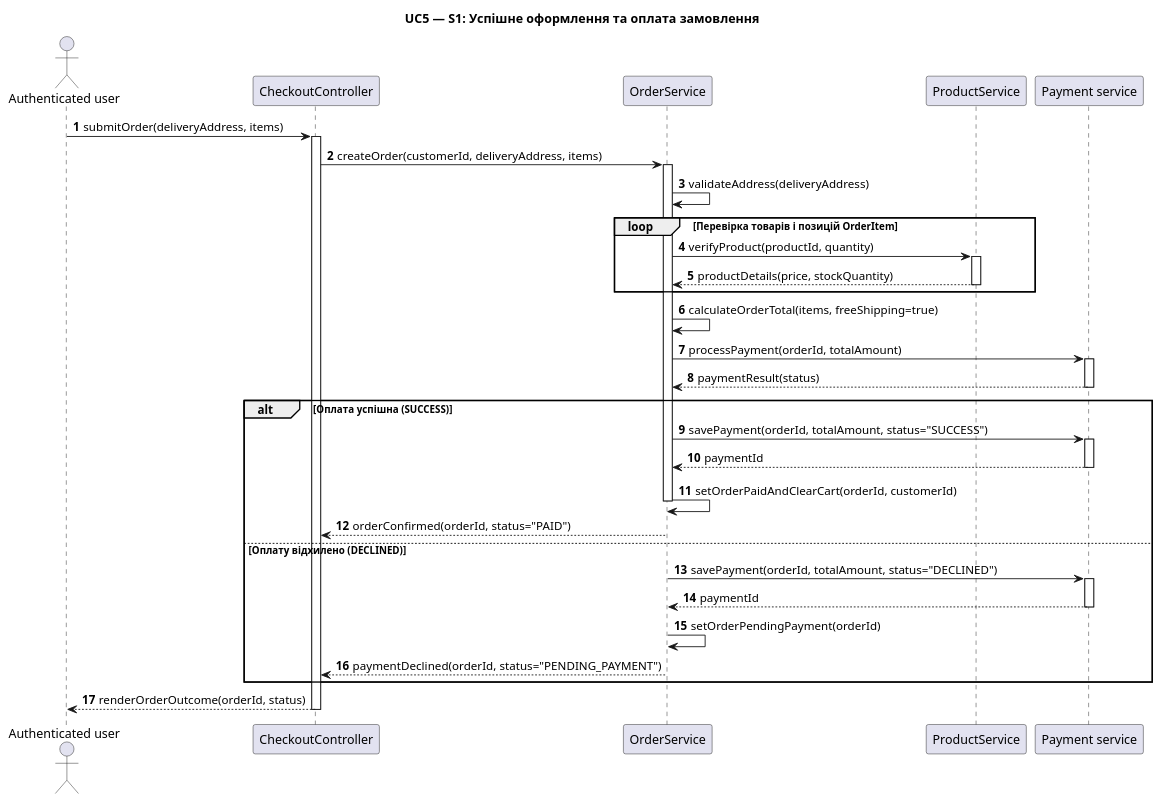
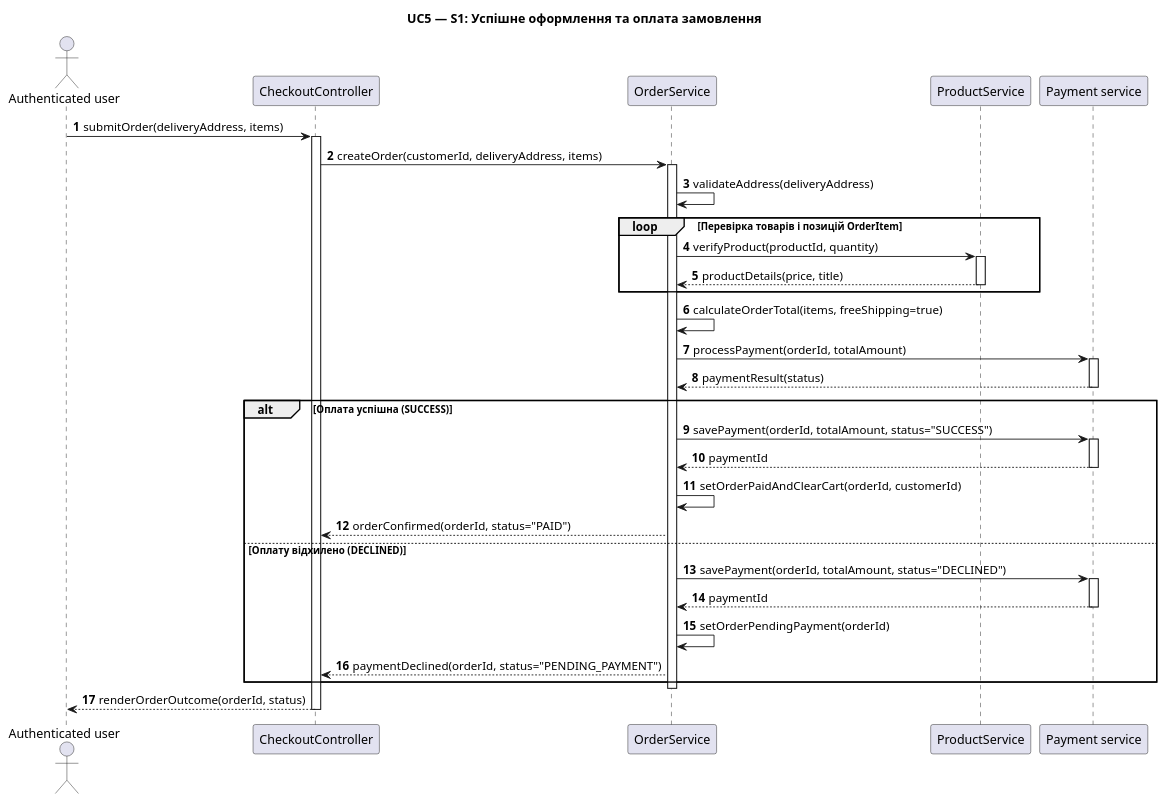
One commit to Mariakolodchenkoi/KPI-labs changed the diagram in lab3/s1-diagram.puml. Above: the diagram before and after it, drawn with PlantUML.

Commit message:
виправлення помилок в s1

```diff
--- a/lab3/s1-diagram.puml
+++ b/lab3/s1-diagram.puml
@@ -1,57 +1,57 @@
 @startuml
 title UC5 — S1: Успішне оформлення та оплата замовлення
 
 skinparam sequenceMessageAlign left
 autonumber
 
 actor "Authenticated user" as User
 participant "CheckoutController" as Ctrl
 participant "OrderService" as OrderSvc
 participant "ProductService" as ProdSvc
 participant "Payment service" as PaySvc
 
 User -> Ctrl : submitOrder(deliveryAddress, items)
 activate Ctrl
 
 Ctrl -> OrderSvc : createOrder(customerId, deliveryAddress, items)
 activate OrderSvc
 
 OrderSvc -> OrderSvc : validateAddress(deliveryAddress)
 
 loop Перевірка товарів і позицій OrderItem
     OrderSvc -> ProdSvc : verifyProduct(productId, quantity)
     activate ProdSvc
-    ProdSvc --> OrderSvc : productDetails(price, stockQuantity)
+    ProdSvc --> OrderSvc : productDetails(price, title)
     deactivate ProdSvc
 end
 
 OrderSvc -> OrderSvc : calculateOrderTotal(items, freeShipping=true)
 
 OrderSvc -> PaySvc : processPayment(orderId, totalAmount)
 activate PaySvc
 PaySvc --> OrderSvc : paymentResult(status)
 deactivate PaySvc
 
 alt Оплата успішна (SUCCESS)
     OrderSvc -> PaySvc : savePayment(orderId, totalAmount, status="SUCCESS")
     activate PaySvc
     PaySvc --> OrderSvc : paymentId
     deactivate PaySvc
 
     OrderSvc -> OrderSvc : setOrderPaidAndClearCart(orderId, customerId)
-    deactivate OrderSvc
     OrderSvc --> Ctrl : orderConfirmed(orderId, status="PAID")
 else Оплату відхилено (DECLINED)
     OrderSvc -> PaySvc : savePayment(orderId, totalAmount, status="DECLINED")
     activate PaySvc
     PaySvc --> OrderSvc : paymentId
     deactivate PaySvc
 
     OrderSvc -> OrderSvc : setOrderPendingPayment(orderId)
     OrderSvc --> Ctrl : paymentDeclined(orderId, status="PENDING_PAYMENT")
 end
 
+deactivate OrderSvc
 Ctrl --> User : renderOrderOutcome(orderId, status)
 deactivate Ctrl
 
 @enduml
```
